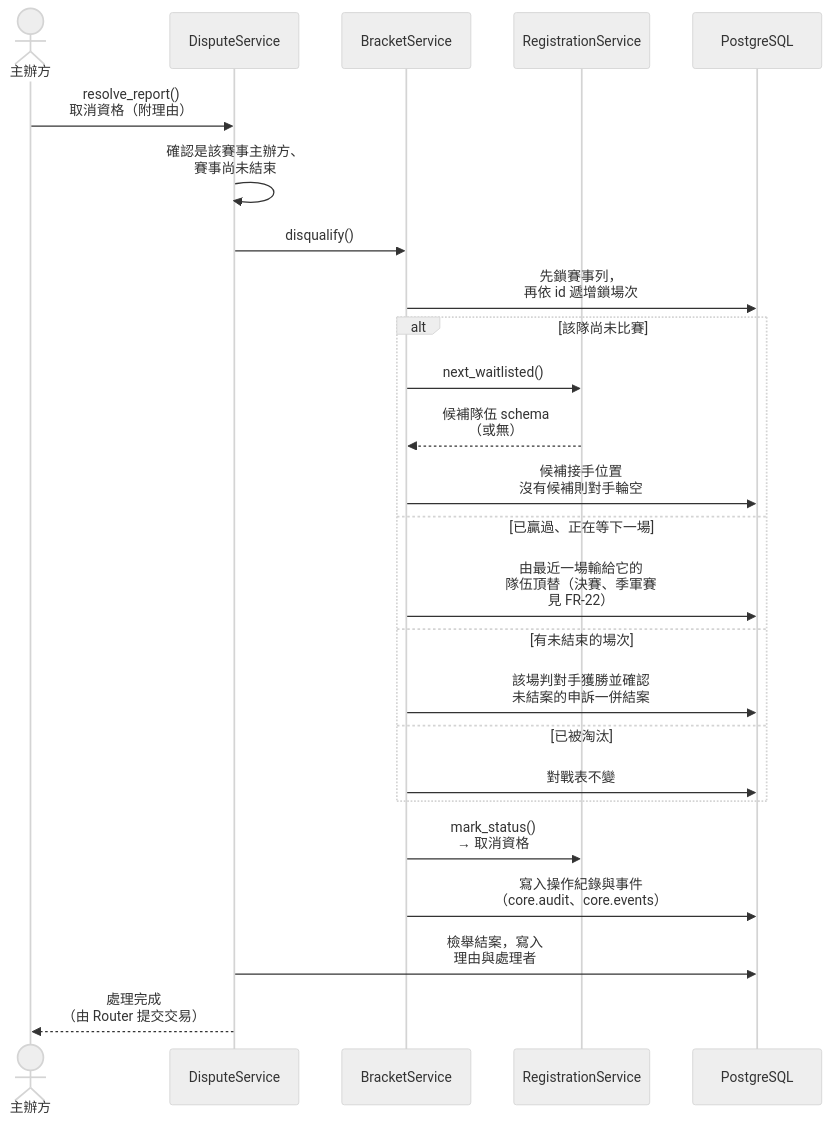
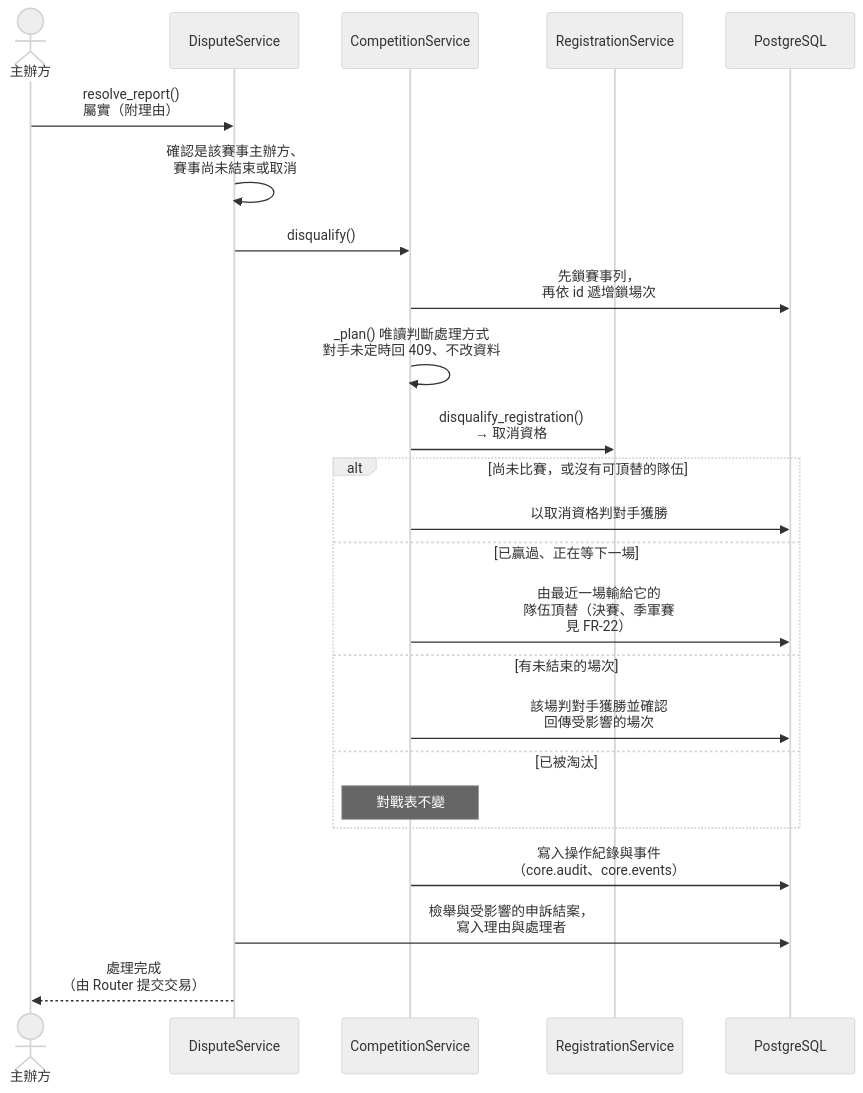
Diagram 15 of 15 in docs/midterm/D-物件設計文件.md (Team14good/esport-platform), drawn with Mermaid (neutral theme) before and after one commit. The commit also changed other lines of this file and 14 other files, not shown here.

````diff
--- a/docs/midterm/D-物件設計文件.md
+++ b/docs/midterm/D-物件設計文件.md
@@ -685,27 +794,26 @@
 ```mermaid
 sequenceDiagram
   actor Org as 主辦方
   participant D as DisputeService
-  participant B as BracketService
+  participant C as CompetitionService
   participant RS as RegistrationService
   participant DB as PostgreSQL
-  Org->>D: resolve_report()<br/>取消資格（附理由）
-  D->>D: 確認是該賽事主辦方、<br/>賽事尚未結束
-  D->>B: disqualify()
-  B->>DB: 先鎖賽事列，<br/>再依 id 遞增鎖場次
-  alt 該隊尚未比賽
-    B->>RS: next_waitlisted()
-    RS-->>B: 候補隊伍 schema<br/>（或無）
-    B->>DB: 候補接手位置<br/>沒有候補則對手輪空
+  Org->>D: resolve_report()<br/>屬實（附理由）
+  D->>D: 確認是該賽事主辦方、<br/>賽事尚未結束或取消
+  D->>C: disqualify()
+  C->>DB: 先鎖賽事列，<br/>再依 id 遞增鎖場次
+  C->>C: _plan() 唯讀判斷處理方式<br/>對手未定時回 409、不改資料
+  C->>RS: disqualify_registration()<br/>→ 取消資格
+  alt 尚未比賽，或沒有可頂替的隊伍
+    C->>DB: 以取消資格判對手獲勝
   else 已贏過、正在等下一場
-    B->>DB: 由最近一場輸給它的<br/>隊伍頂替（決賽、季軍賽<br/>見 FR-22）
+    C->>DB: 由最近一場輸給它的<br/>隊伍頂替（決賽、季軍賽<br/>見 FR-22）
   else 有未結束的場次
-    B->>DB: 該場判對手獲勝並確認<br/>未結案的申訴一併結案
+    C->>DB: 該場判對手獲勝並確認<br/>回傳受影響的場次
   else 已被淘汰
-    B->>DB: 對戰表不變
+    Note over C: 對戰表不變
   end
-  B->>RS: mark_status()<br/>→ 取消資格
-  B->>DB: 寫入操作紀錄與事件<br/>（core.audit、core.events）
-  D->>DB: 檢舉結案，寫入<br/>理由與處理者
+  C->>DB: 寫入操作紀錄與事件<br/>（core.audit、core.events）
+  D->>DB: 檢舉與受影響的申訴結案，<br/>寫入理由與處理者
   D-->>Org: 處理完成<br/>（由 Router 提交交易）
 ```
````
